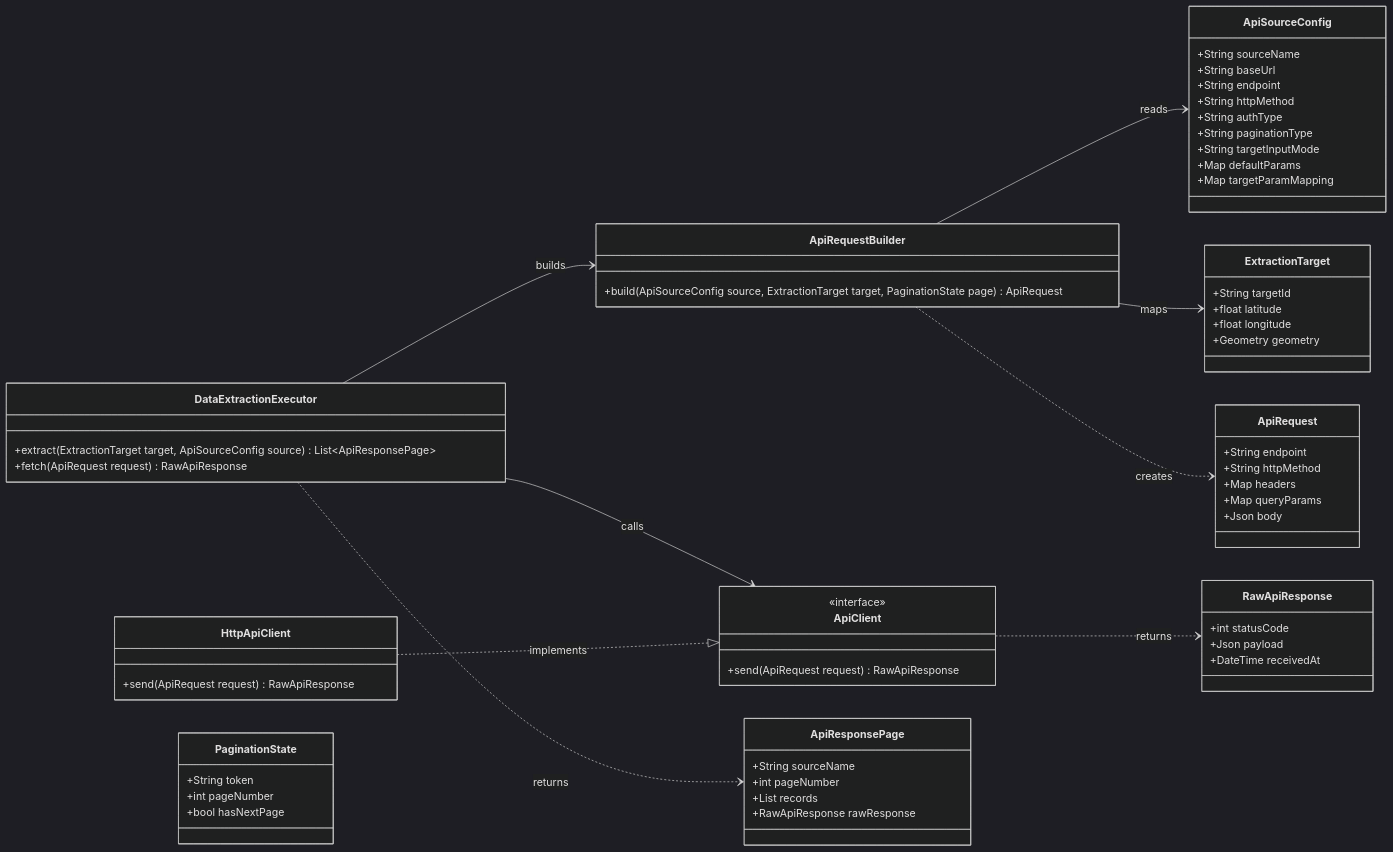
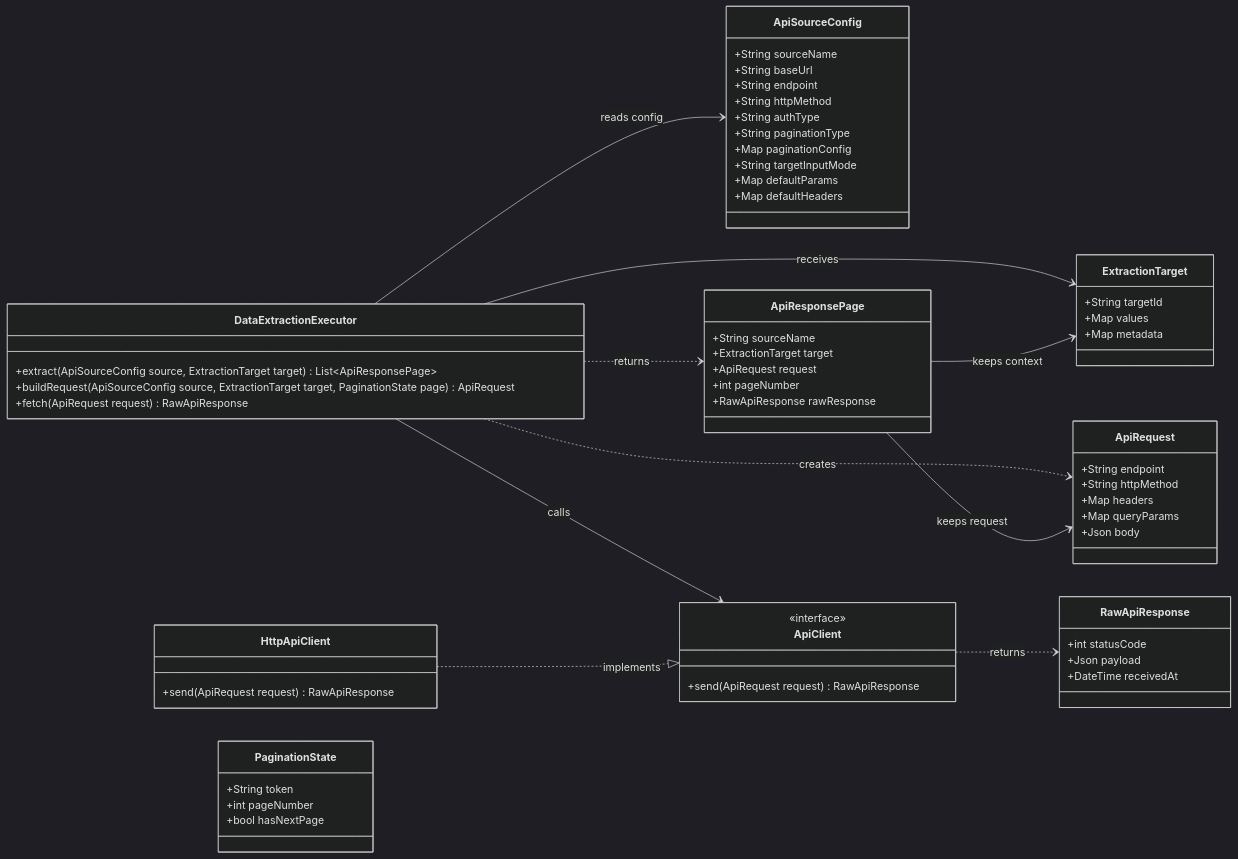
The diagram in docs/c4/level_4_code/data_ingestion/data_extraction.md (mentoria-edu/data_vet), drawn with Mermaid (dark theme) before and after one commit. The commit also changed 4 other files, not shown here.

````diff
--- a/docs/c4/level_4_code/data_ingestion/data_extraction.md
+++ b/docs/c4/level_4_code/data_ingestion/data_extraction.md
@@ -3,77 +3,76 @@
 ```mermaid
 classDiagram
 direction LR
 
 class DataExtractionExecutor {
-  +extract(ExtractionTarget target, ApiSourceConfig source) List~ApiResponsePage~
+  +extract(ApiSourceConfig source, ExtractionTarget target) List~ApiResponsePage~
+  +buildRequest(ApiSourceConfig source, ExtractionTarget target, PaginationState page) ApiRequest
   +fetch(ApiRequest request) RawApiResponse
+}
+
+class ExtractionTarget {
+  +String targetId
+  +Map values
+  +Map metadata
 }
 
 class ApiSourceConfig {
   +String sourceName
   +String baseUrl
   +String endpoint
   +String httpMethod
   +String authType
   +String paginationType
+  +Map paginationConfig
   +String targetInputMode
   +Map defaultParams
-  +Map targetParamMapping
-}
-
-class ApiRequestBuilder {
-  +build(ApiSourceConfig source, ExtractionTarget target, PaginationState page) ApiRequest
+  +Map defaultHeaders
 }
 
 class ApiClient {
   <<interface>>
   +send(ApiRequest request) RawApiResponse
 }
 
 class HttpApiClient {
   +send(ApiRequest request) RawApiResponse
 }
 
 class ApiRequest {
   +String endpoint
   +String httpMethod
   +Map headers
   +Map queryParams
   +Json body
 }
 
 class ApiResponsePage {
   +String sourceName
+  +ExtractionTarget target
+  +ApiRequest request
   +int pageNumber
-  +List records
   +RawApiResponse rawResponse
-}
-
-class ExtractionTarget {
-  +String targetId
-  +float latitude
-  +float longitude
-  +Geometry geometry
 }
 
 class RawApiResponse {
   +int statusCode
   +Json payload
   +DateTime receivedAt
 }
 
 class PaginationState {
   +String token
   +int pageNumber
   +bool hasNextPage
 }
 
-DataExtractionExecutor --> ApiRequestBuilder : builds
+DataExtractionExecutor --> ExtractionTarget : receives
+DataExtractionExecutor --> ApiSourceConfig : reads config
+DataExtractionExecutor ..> ApiRequest : creates
 DataExtractionExecutor --> ApiClient : calls
 DataExtractionExecutor ..> ApiResponsePage : returns
-ApiRequestBuilder --> ApiSourceConfig : reads
-ApiRequestBuilder --> ExtractionTarget : maps
-ApiRequestBuilder ..> ApiRequest : creates
+ApiResponsePage --> ExtractionTarget : keeps context
+ApiResponsePage --> ApiRequest : keeps request
 HttpApiClient ..|> ApiClient : implements
 ApiClient ..> RawApiResponse : returns
 ```
````
